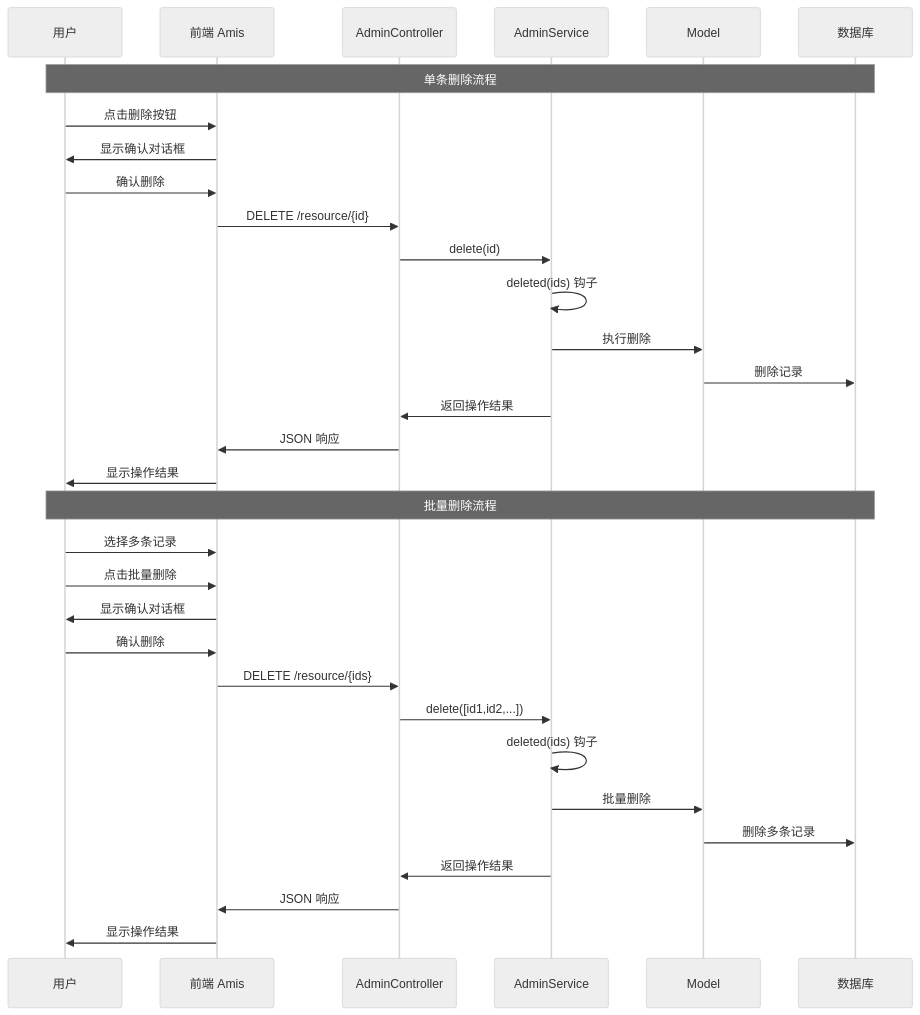
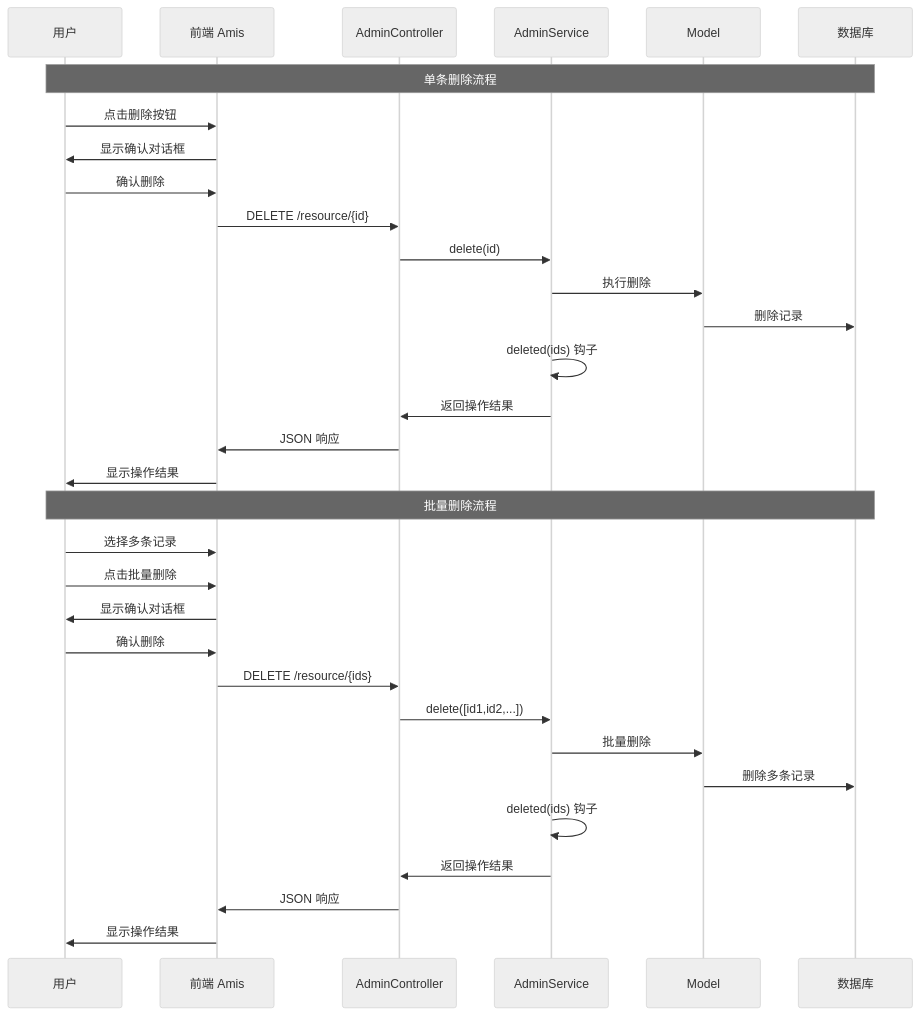
Before and after one commit to owl-admin/docs: the diagram in docs/guide/crud/delete.md, drawn with Mermaid (neutral theme). The commit also changed other lines of this file and 19 other files, not shown here.

````diff
--- a/docs/guide/crud/delete.md
+++ b/docs/guide/crud/delete.md
@@ -7,36 +7,36 @@
 ```mermaid
 sequenceDiagram
     participant U as 用户
     participant F as 前端 Amis
     participant C as AdminController
     participant S as AdminService
     participant M as Model
     participant D as 数据库
 
     Note over U,D: 单条删除流程
     U->>F: 点击删除按钮
     F->>U: 显示确认对话框
     U->>F: 确认删除
     F->>C: DELETE /resource/{id}
     C->>S: delete(id)
-    S->>S: deleted(ids) 钩子
     S->>M: 执行删除
     M->>D: 删除记录
+    S->>S: deleted(ids) 钩子
     S->>C: 返回操作结果
     C->>F: JSON 响应
     F->>U: 显示操作结果
 
     Note over U,D: 批量删除流程
     U->>F: 选择多条记录
     U->>F: 点击批量删除
     F->>U: 显示确认对话框
     U->>F: 确认删除
     F->>C: DELETE /resource/{ids}
     C->>S: delete([id1,id2,...])
-    S->>S: deleted(ids) 钩子
     S->>M: 批量删除
     M->>D: 删除多条记录
+    S->>S: deleted(ids) 钩子
     S->>C: 返回操作结果
     C->>F: JSON 响应
     F->>U: 显示操作结果
 ```
````
